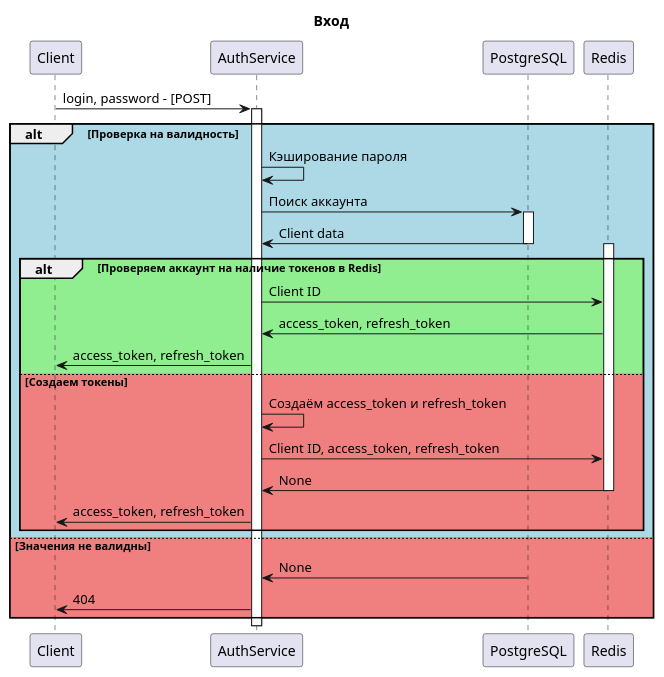
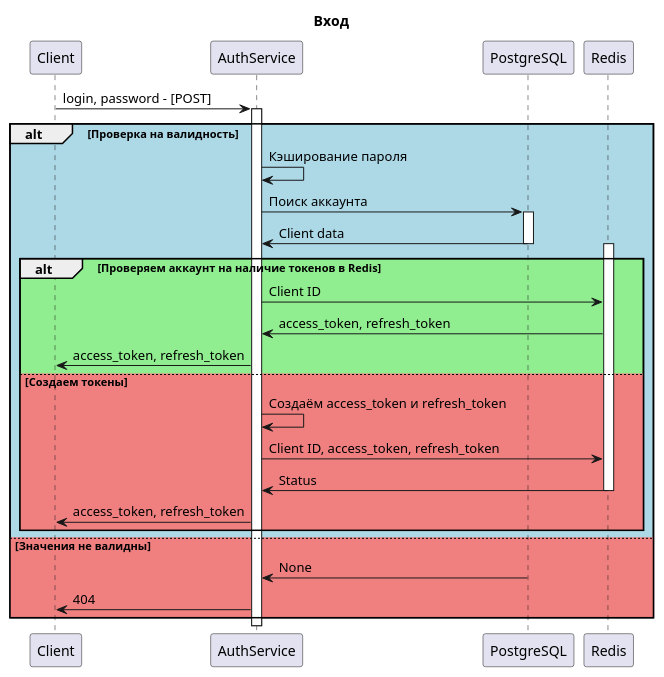
One commit to ARtiDPA/Auth changed the diagram in arhitecrture/signin.puml. Above: the diagram before and after it, drawn with PlantUML. The commit also changed 2 other files, not shown here.

Commit message:
feet[sheme]: изменил схему входа и регистрации

```diff
--- a/arhitecrture/signin.puml
+++ b/arhitecrture/signin.puml
@@ -1,27 +1,27 @@
 @startuml Вход
 title: Вход
 Client -> AuthService: login, password - [POST]
 alt #LightBlue Проверка на валидность
     activate AuthService
     AuthService -> AuthService: Кэширование пароля
     AuthService -> PostgreSQL: Поиск аккаунта
     activate PostgreSQL
     PostgreSQL -> AuthService: Client data
     deactivate PostgreSQL
     alt #LightGreen Проверяем аккаунт на наличие токенов в Redis
         activate Redis
         AuthService -> Redis: Client ID
         Redis -> AuthService: access_token, refresh_token
         AuthService -> Client: access_token, refresh_token
     else #LightCoral Создаем токены
         AuthService -> AuthService: Создаём access_token и refresh_token
         AuthService -> Redis: Client ID, access_token, refresh_token
-        Redis -> AuthService: None
+        Redis -> AuthService: Status
         deactivate Redis
         AuthService -> Client: access_token, refresh_token
     end
 else #LightCoral Значения не валидны
     PostgreSQL -> AuthService: None
     AuthService -> Client: 404
 end
 @enduml
```
